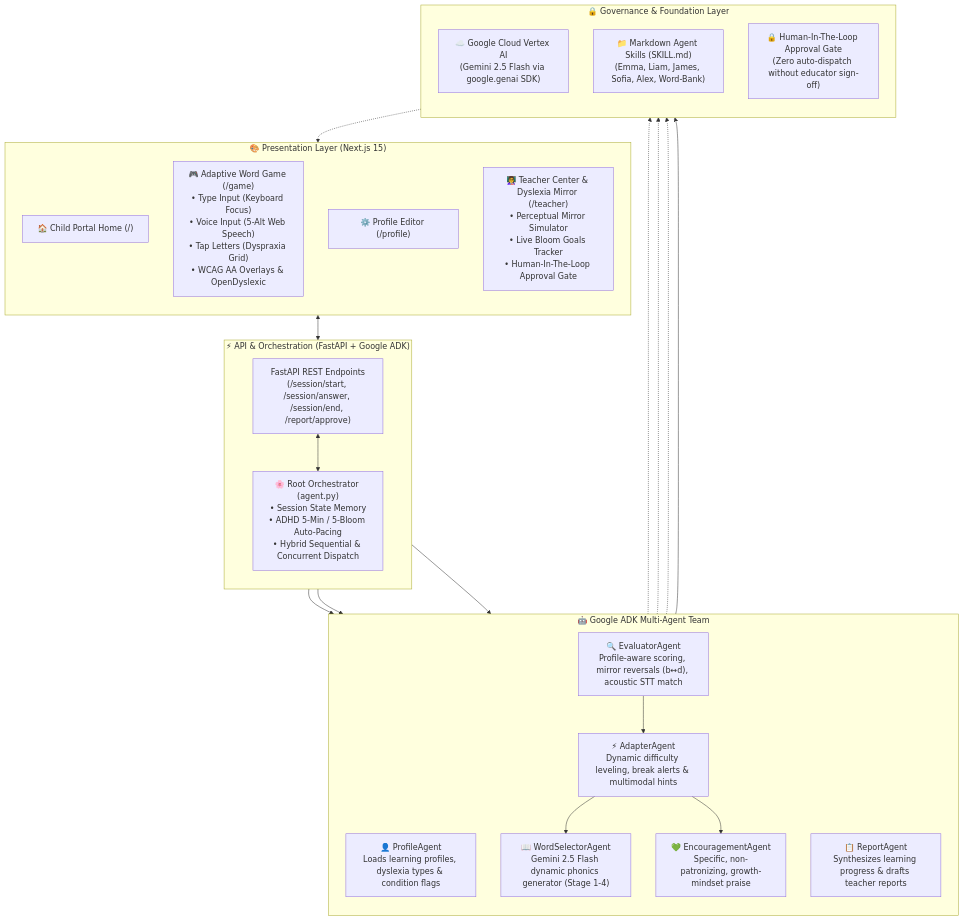
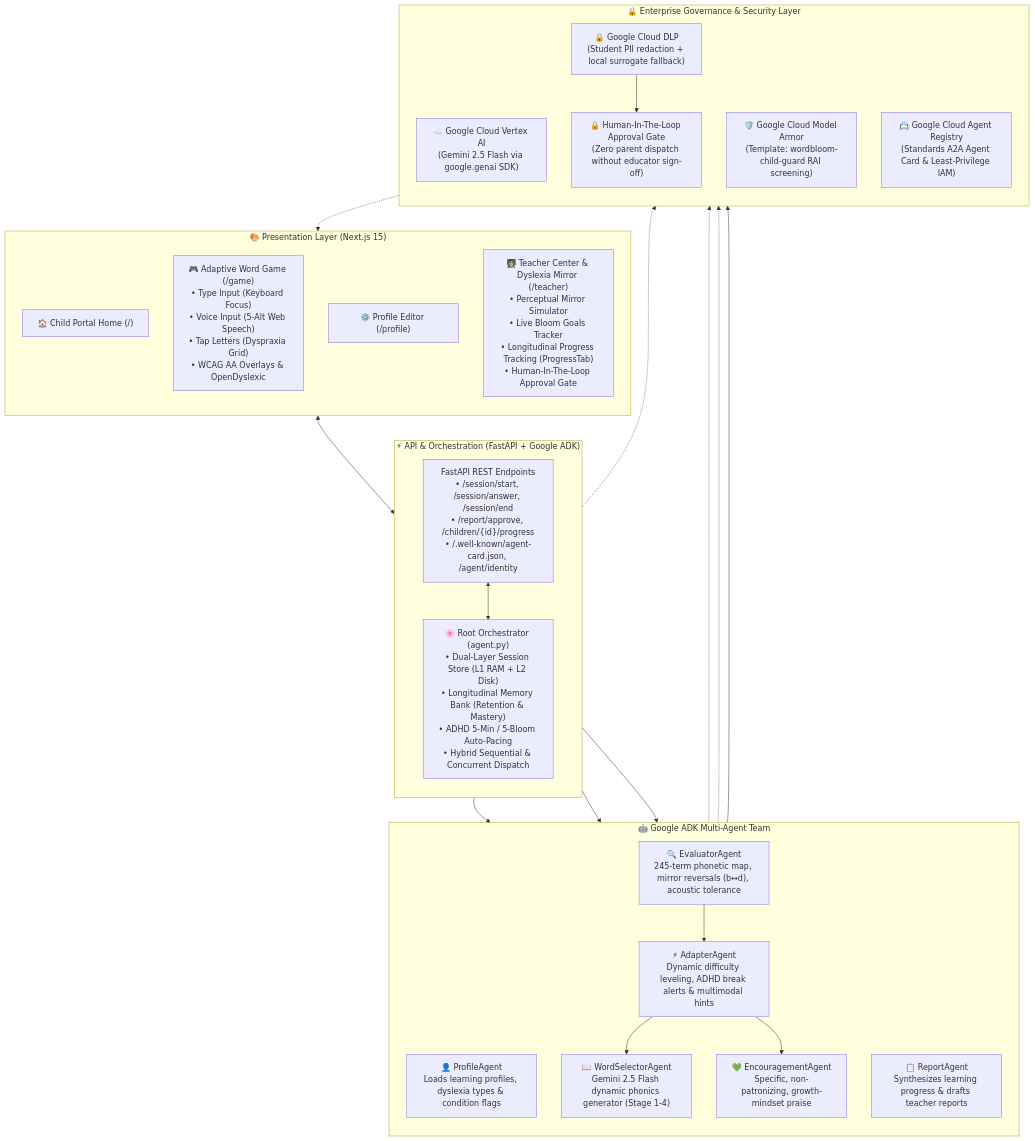
The first of 2 diagrams in README.md (soumyaritu/WordBloom), drawn with Mermaid before and after one commit. The commit also changed other lines of this file, not shown here.

Commit message:
docs(architecture): update Mermaid diagrams with enterprise governance pillars, memory bank, and DLP

````diff
--- a/README.md
+++ b/README.md
@@ -180,48 +180,51 @@
 ```mermaid
 flowchart TB
     subgraph PRESENTATION["🎨 Presentation Layer (Next.js 15)"]
         direction TB
         UI_HOME["🏠 Child Portal Home (/)"]
         UI_GAME["🎮 Adaptive Word Game (/game)<br/>• Type Input (Keyboard Focus)<br/>• Voice Input (5-Alt Web Speech)<br/>• Tap Letters (Dyspraxia Grid)<br/>• WCAG AA Overlays & OpenDyslexic"]
         UI_PROFILE["⚙️ Profile Editor (/profile)"]
-        UI_TEACHER["👩‍🏫 Teacher Center & Dyslexia Mirror (/teacher)<br/>• Perceptual Mirror Simulator<br/>• Live Bloom Goals Tracker<br/>• Human-In-The-Loop Approval Gate"]
+        UI_TEACHER["👩‍🏫 Teacher Center & Dyslexia Mirror (/teacher)<br/>• Perceptual Mirror Simulator<br/>• Live Bloom Goals Tracker<br/>• Longitudinal Progress Tracking (ProgressTab)<br/>• Human-In-The-Loop Approval Gate"]
     end
 
     subgraph ORCHESTRATION["⚡ API & Orchestration (FastAPI + Google ADK)"]
         direction TB
-        API["FastAPI REST Endpoints<br/>(/session/start, /session/answer, /session/end, /report/approve)"]
-        ROOT["🌸 Root Orchestrator (agent.py)<br/>• Session State Memory<br/>• ADHD 5-Min / 5-Bloom Auto-Pacing<br/>• Hybrid Sequential & Concurrent Dispatch"]
+        API["FastAPI REST Endpoints<br/>• /session/start, /session/answer, /session/end<br/>• /report/approve, /children/{id}/progress<br/>• /.well-known/agent-card.json, /agent/identity"]
+        ROOT["🌸 Root Orchestrator (agent.py)<br/>• Dual-Layer Session Store (L1 RAM + L2 Disk)<br/>• Longitudinal Memory Bank (Retention & Mastery)<br/>• ADHD 5-Min / 5-Bloom Auto-Pacing<br/>• Hybrid Sequential & Concurrent Dispatch"]
     end
 
     subgraph AGENTS["🤖 Google ADK Multi-Agent Team"]
         direction TB
         AG_PROF["👤 ProfileAgent<br/>Loads learning profiles, dyslexia types & condition flags"]
         AG_WORD["📖 WordSelectorAgent<br/>Gemini 2.5 Flash dynamic phonics generator (Stage 1-4)"]
-        AG_EVAL["🔍 EvaluatorAgent<br/>Profile-aware scoring, mirror reversals (b↔d), acoustic STT match"]
-        AG_ADAPT["⚡ AdapterAgent<br/>Dynamic difficulty leveling, break alerts & multimodal hints"]
+        AG_EVAL["🔍 EvaluatorAgent<br/>245-term phonetic map, mirror reversals (b↔d), acoustic tolerance"]
+        AG_ADAPT["⚡ AdapterAgent<br/>Dynamic difficulty leveling, ADHD break alerts & multimodal hints"]
         AG_ENCOURAGE["💚 EncouragementAgent<br/>Specific, non-patronizing, growth-mindset praise"]
         AG_REPORT["📋 ReportAgent<br/>Synthesizes learning progress & drafts teacher reports"]
     end
 
-    subgraph GOVERNANCE["🔒 Governance & Foundation Layer"]
+    subgraph GOVERNANCE["🔒 Enterprise Governance & Security Layer"]
         direction TB
         VERTEX["☁️ Google Cloud Vertex AI<br/>(Gemini 2.5 Flash via google.genai SDK)"]
-        SKILLS["📁 Markdown Agent Skills (SKILL.md)<br/>(Emma, Liam, James, Sofia, Alex, Word-Bank)"]
-        HITL["🔒 Human-In-The-Loop Approval Gate<br/>(Zero auto-dispatch without educator sign-off)"]
+        ARMOR["🛡️ Google Cloud Model Armor<br/>(Template: wordbloom-child-guard RAI screening)"]
+        DLP["🔒 Google Cloud DLP<br/>(Student PII redaction + local surrogate fallback)"]
+        REGISTRY["📇 Google Cloud Agent Registry<br/>(Standards A2A Agent Card & Least-Privilege IAM)"]
+        HITL["🔒 Human-In-The-Loop Approval Gate<br/>(Zero parent dispatch without educator sign-off)"]
     end
 
     %% Flow connections
     PRESENTATION <--> API
     API <--> ROOT
     ROOT --> AG_PROF
-    AG_PROF -.-> SKILLS
     ROOT --> AG_EVAL
     AG_EVAL --> AG_ADAPT
     AG_ADAPT --> AG_WORD
     AG_ADAPT --> AG_ENCOURAGE
     AG_WORD -.-> VERTEX
-    AG_ENCOURAGE -.-> VERTEX
+    AG_ENCOURAGE -.-> ARMOR
     ROOT --> AG_REPORT
-    AG_REPORT --> HITL
+    AG_REPORT --> DLP
+    DLP --> HITL
     HITL -.-> UI_TEACHER
+    API -.-> REGISTRY
 ```
````
